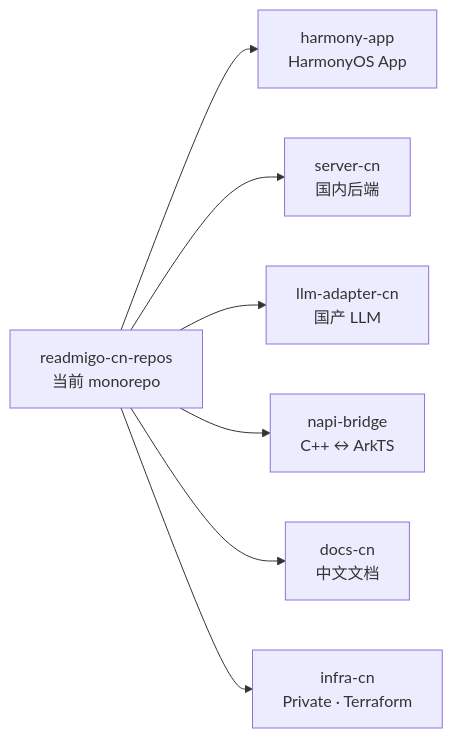
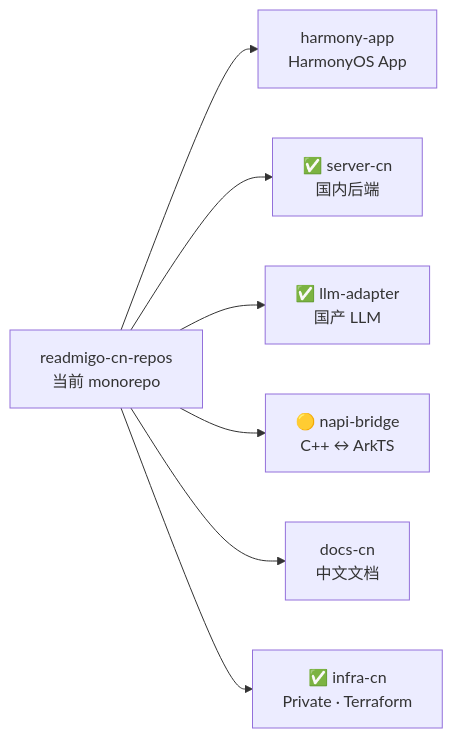
One commit to readmigo-cn/readmigo-cn-repos changed the second of 2 diagrams in docs/40-gitee-repo-structure.md. Above: the diagram before and after it, drawn with Mermaid. The commit also changed other lines of this file and 30 other files, not shown here.

````diff
--- a/docs/40-gitee-repo-structure.md
+++ b/docs/40-gitee-repo-structure.md
@@ -38,9 +47,9 @@
 ```mermaid
 graph LR
   Mono["readmigo-cn-repos<br/>当前 monorepo"] --> Harmony["harmony-app<br/>HarmonyOS App"]
-  Mono --> Server["server-cn<br/>国内后端"]
-  Mono --> LLM["llm-adapter-cn<br/>国产 LLM"]
-  Mono --> Bridge["napi-bridge<br/>C++ ↔ ArkTS"]
+  Mono --> Server["✅ server-cn<br/>国内后端"]
+  Mono --> LLM["✅ llm-adapter<br/>国产 LLM"]
+  Mono --> Bridge["🟡 napi-bridge<br/>C++ ↔ ArkTS"]
   Mono --> Docs["docs-cn<br/>中文文档"]
-  Mono --> Infra["infra-cn<br/>Private · Terraform"]
+  Mono --> Infra["✅ infra-cn<br/>Private · Terraform"]
 ```
````
